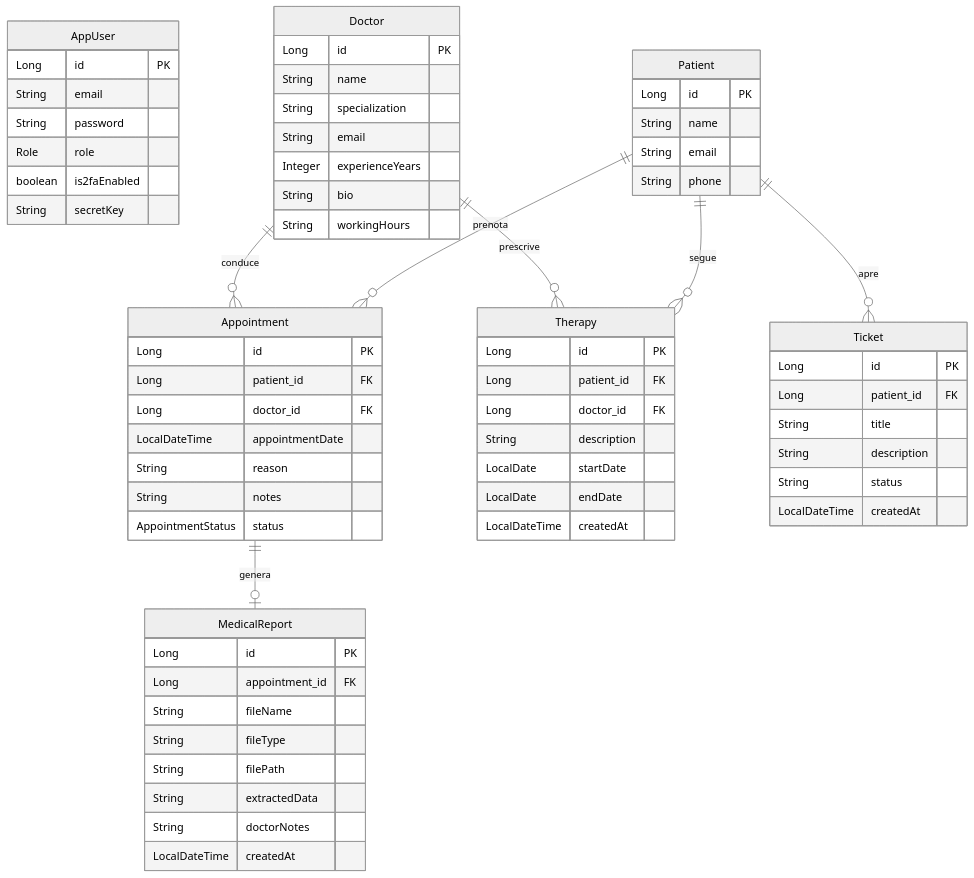
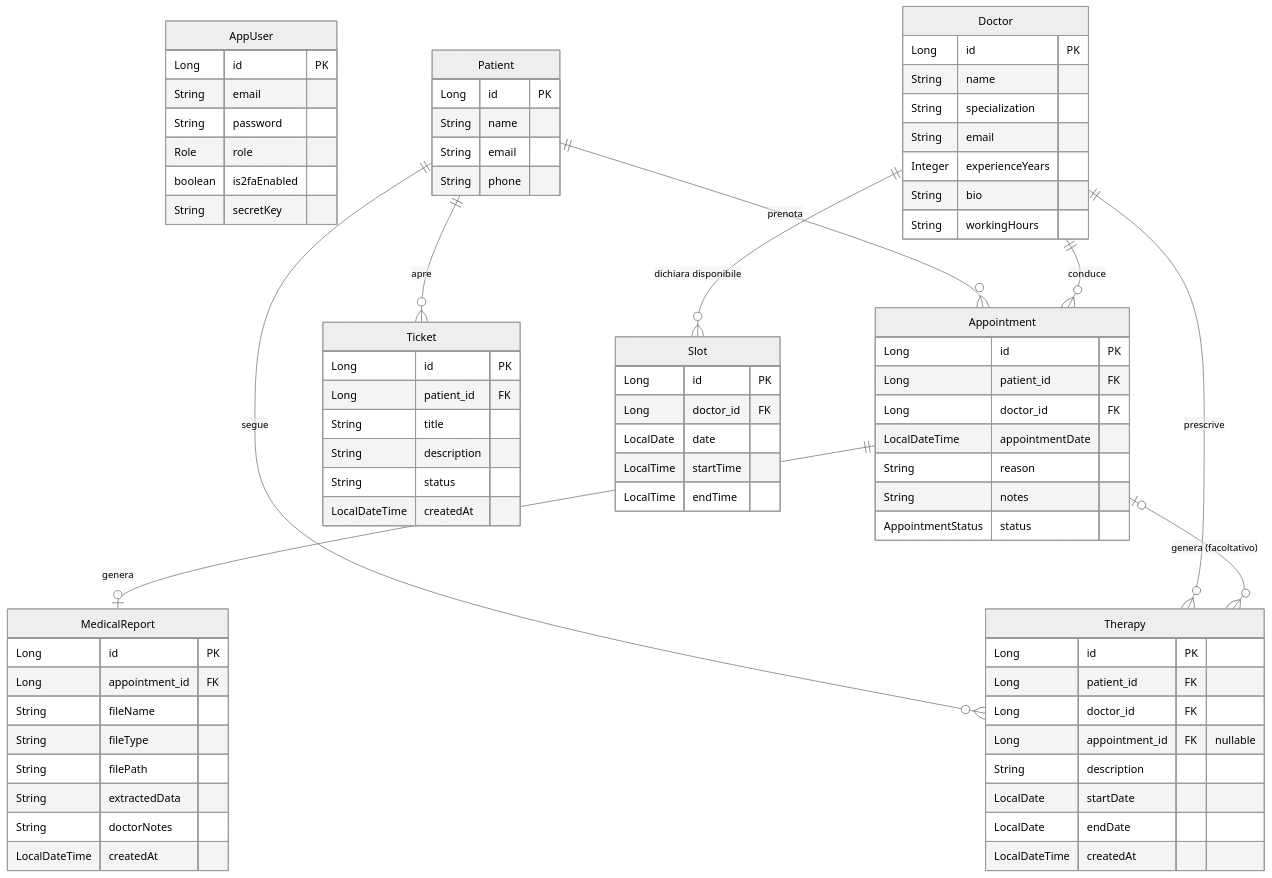
The first of 3 diagrams in doc/2-Design_Architetturale.md (acapodanno/project-work-l-31), drawn with Mermaid (neutral theme) before and after one commit. The commit also changed other lines of this file and 7893 other files, not shown here.

````diff
--- a/doc/2-Design_Architetturale.md
+++ b/doc/2-Design_Architetturale.md
@@ -61,6 +61,7 @@
         Long id PK
         Long patient_id FK
         Long doctor_id FK
+        Long appointment_id FK "nullable"
         String description
         LocalDate startDate
         LocalDate endDate
@@ -76,10 +77,20 @@
         LocalDateTime createdAt
     }
 
+    Slot {
+        Long id PK
+        Long doctor_id FK
+        LocalDate date
+        LocalTime startTime
+        LocalTime endTime
+    }
+
     Patient ||--o{ Appointment : "prenota"
     Doctor ||--o{ Appointment : "conduce"
     Appointment ||--o| MedicalReport : "genera"
     Patient ||--o{ Therapy : "segue"
     Doctor ||--o{ Therapy : "prescrive"
+    Appointment |o--o{ Therapy : "genera (facoltativo)"
     Patient ||--o{ Ticket : "apre"
+    Doctor ||--o{ Slot : "dichiara disponibile"
 ```
````
